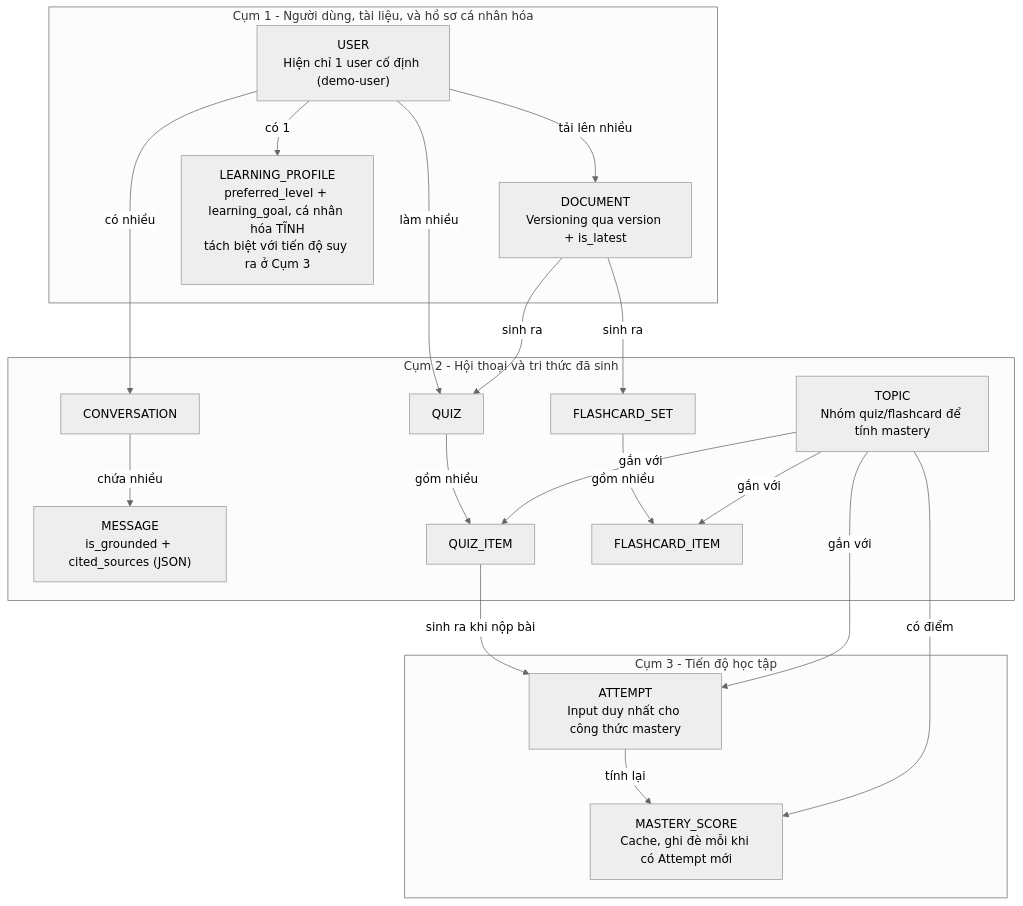
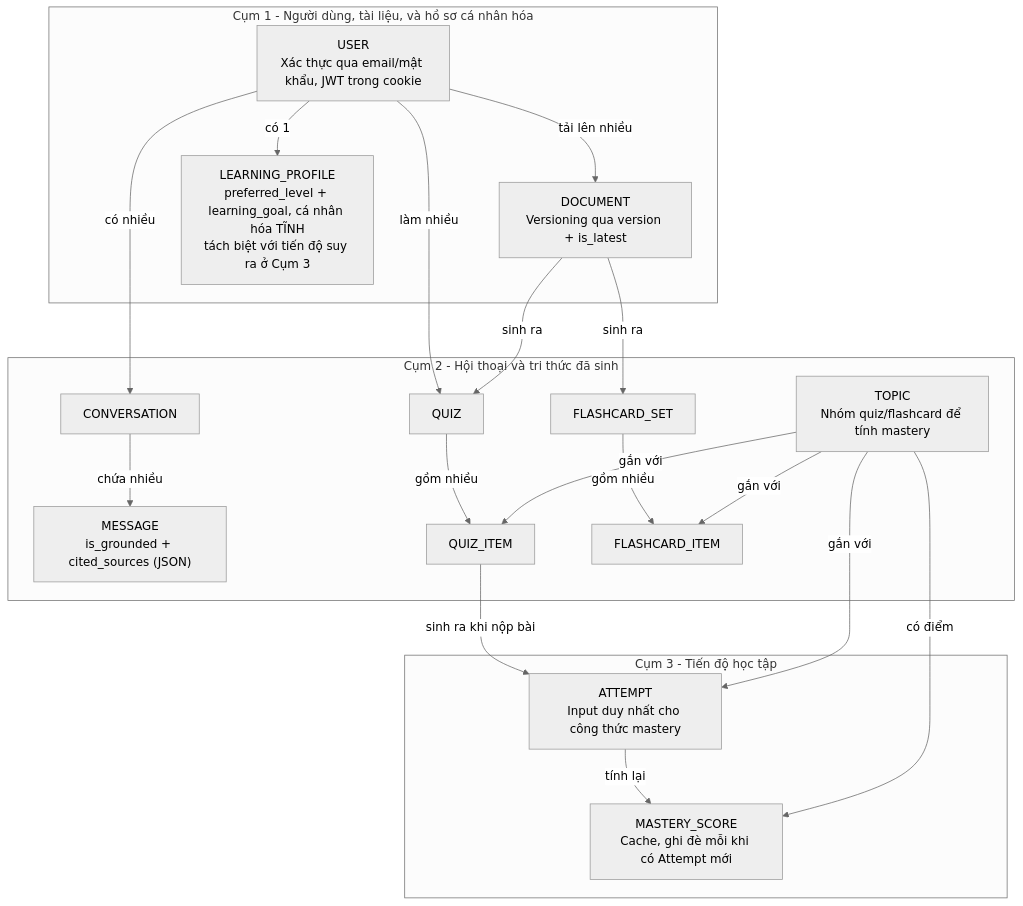
One commit to Thaihoangbach/LearningAssistant changed the eighth of 11 diagrams in docs/architecture-diagrams.md. Above: the diagram before and after it, drawn with Mermaid (neutral theme). The commit also changed 4 other files, not shown here.

````diff
--- a/docs/architecture-diagrams.md
+++ b/docs/architecture-diagrams.md
@@ -516,39 +516,39 @@
 ```mermaid
 flowchart TB
     subgraph cum1["Cụm 1 - Người dùng, tài liệu, và hồ sơ cá nhân hóa"]
-        USER["USER<br/>Hiện chỉ 1 user cố định (demo-user)"]
+        USER["USER<br/>Xác thực qua email/mật khẩu, JWT trong cookie"]
         DOCUMENT["DOCUMENT<br/>Versioning qua version + is_latest"]
         PROFILE["LEARNING_PROFILE<br/>preferred_level + learning_goal, cá nhân hóa TĨNH<br/>tách biệt với tiến độ suy ra ở Cụm 3"]
     end
 
     subgraph cum2["Cụm 2 - Hội thoại và tri thức đã sinh"]
         CONV["CONVERSATION"]
         MSG["MESSAGE<br/>is_grounded + cited_sources (JSON)"]
         TOPIC["TOPIC<br/>Nhóm quiz/flashcard để tính mastery"]
         QUIZ["QUIZ"]
         QUIZITEM["QUIZ_ITEM"]
         FCSET["FLASHCARD_SET"]
         FCITEM["FLASHCARD_ITEM"]
     end
 
     subgraph cum3["Cụm 3 - Tiến độ học tập"]
         ATTEMPT["ATTEMPT<br/>Input duy nhất cho công thức mastery"]
         MASTERY["MASTERY_SCORE<br/>Cache, ghi đè mỗi khi có Attempt mới"]
     end
 
     USER -->|"tải lên nhiều"| DOCUMENT
     USER -->|"có 1"| PROFILE
     USER -->|"có nhiều"| CONV
     CONV -->|"chứa nhiều"| MSG
     USER -->|"làm nhiều"| QUIZ
     DOCUMENT -->|"sinh ra"| QUIZ
     QUIZ -->|"gồm nhiều"| QUIZITEM
     TOPIC -->|"gắn với"| QUIZITEM
     DOCUMENT -->|"sinh ra"| FCSET
     FCSET -->|"gồm nhiều"| FCITEM
     TOPIC -->|"gắn với"| FCITEM
     QUIZITEM -->|"sinh ra khi nộp bài"| ATTEMPT
     TOPIC -->|"gắn với"| ATTEMPT
     ATTEMPT -->|"tính lại"| MASTERY
     TOPIC -->|"có điểm"| MASTERY
 ```
````
